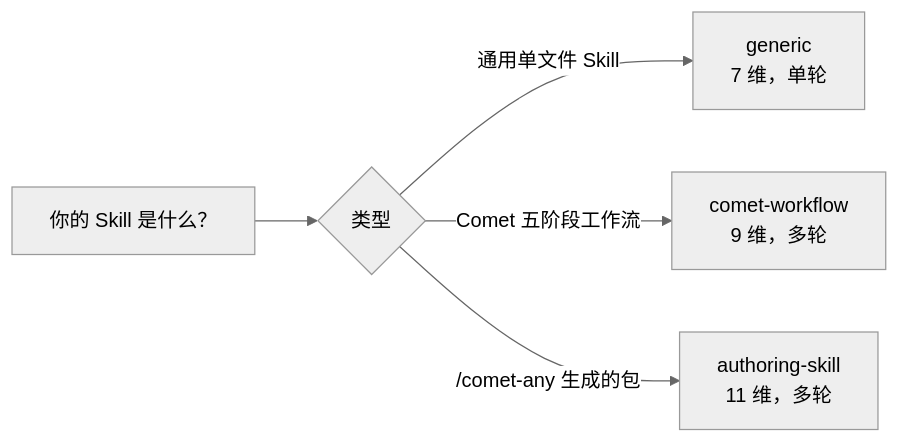
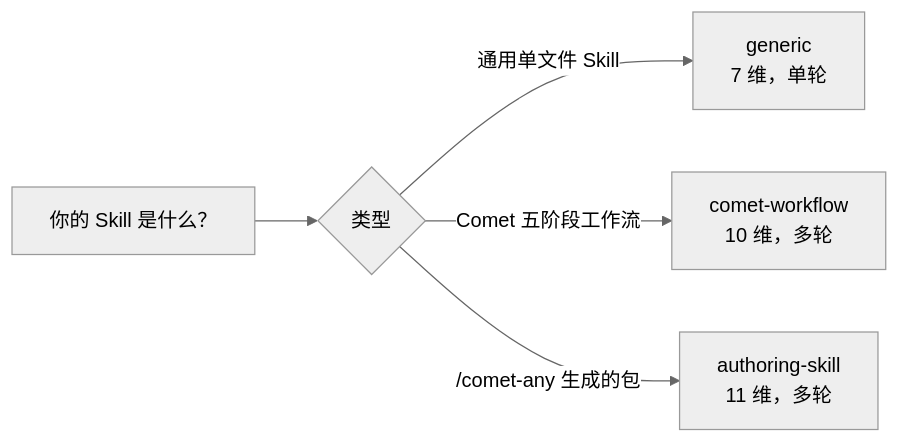
Before and after one commit to rpamis/comet-website-docs: the second of 3 diagrams in zh/eval/configuration.mdx, drawn with Mermaid (neutral theme). The commit also changed other lines of this file and 74 other files, not shown here.

````diff
--- a/zh/eval/configuration.mdx
+++ b/zh/eval/configuration.mdx
@@ -269,7 +269,7 @@
 ```mermaid
 flowchart LR
     Q["你的 Skill 是什么？"] --> Q1{"类型"}
     Q1 -->|"通用单文件 Skill"| G["generic<br/>7 维，单轮"]
-    Q1 -->|"Comet 五阶段工作流"| CW["comet-workflow<br/>9 维，多轮"]
+    Q1 -->|"Comet 五阶段工作流"| CW["comet-workflow<br/>10 维，多轮"]
     Q1 -->|"/comet-any 生成的包"| AS["authoring-skill<br/>11 维，多轮"]
 ```
````
